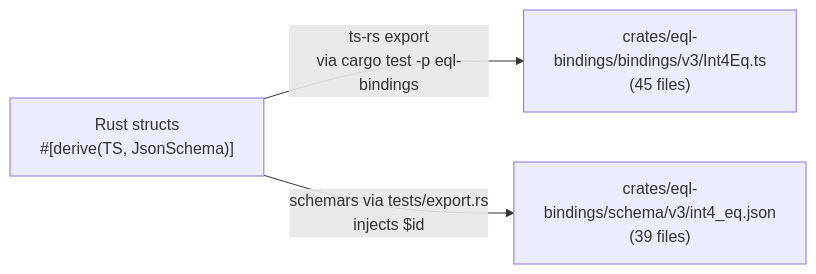
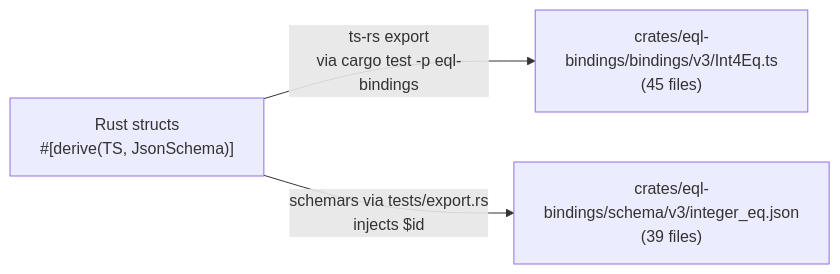
Before and after one commit to cipherstash/encrypt-query-language: the ninth of 15 diagrams in docs/reference/catalog-driven-architecture.md, drawn with Mermaid. The commit also changed other lines of this file and 10 other files, not shown here.

````diff
--- a/docs/reference/catalog-driven-architecture.md
+++ b/docs/reference/catalog-driven-architecture.md
@@ -417,5 +417,5 @@
 ```mermaid
 flowchart LR
     RS["Rust structs<br/>#[derive(TS, JsonSchema)]"] -->|ts-rs export<br/>via cargo test -p eql-bindings| TS["crates/eql-bindings/bindings/v3/Int4Eq.ts<br/>(45 files)"]
-    RS -->|schemars via tests/export.rs<br/>injects $id| JS["crates/eql-bindings/schema/v3/int4_eq.json<br/>(39 files)"]
+    RS -->|schemars via tests/export.rs<br/>injects $id| JS["crates/eql-bindings/schema/v3/integer_eq.json<br/>(39 files)"]
 ```
````
